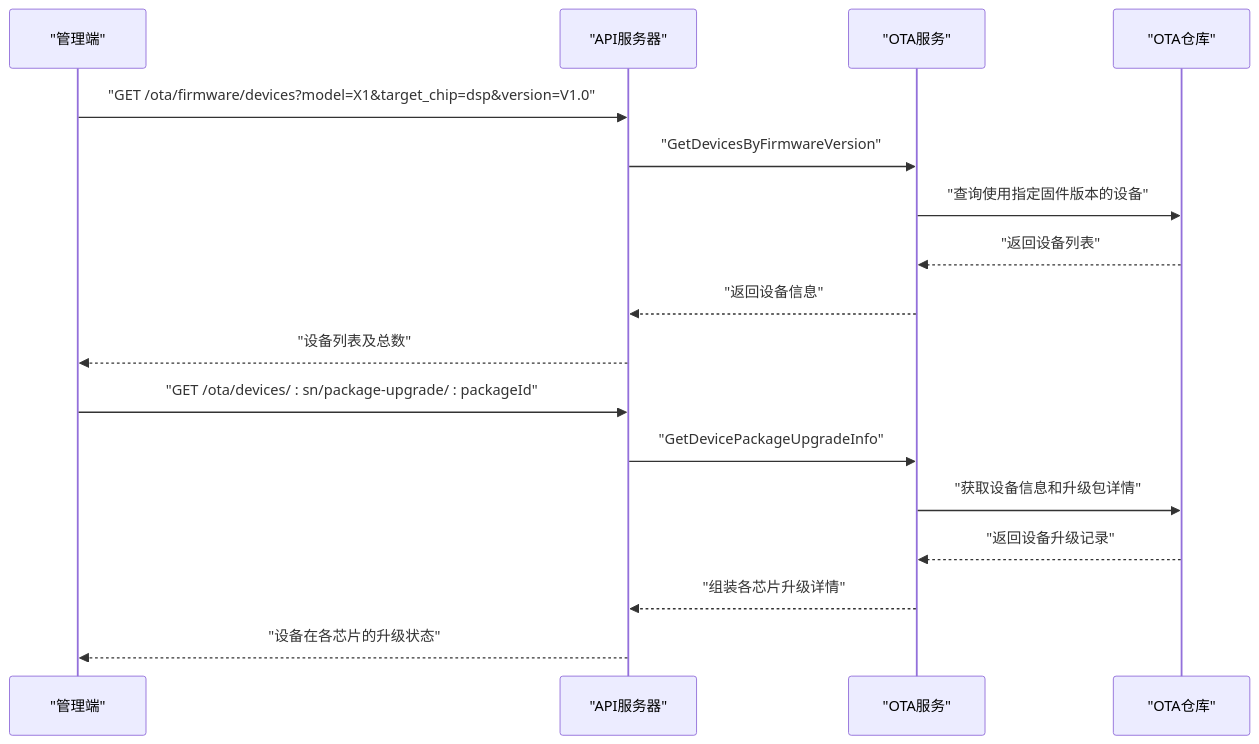
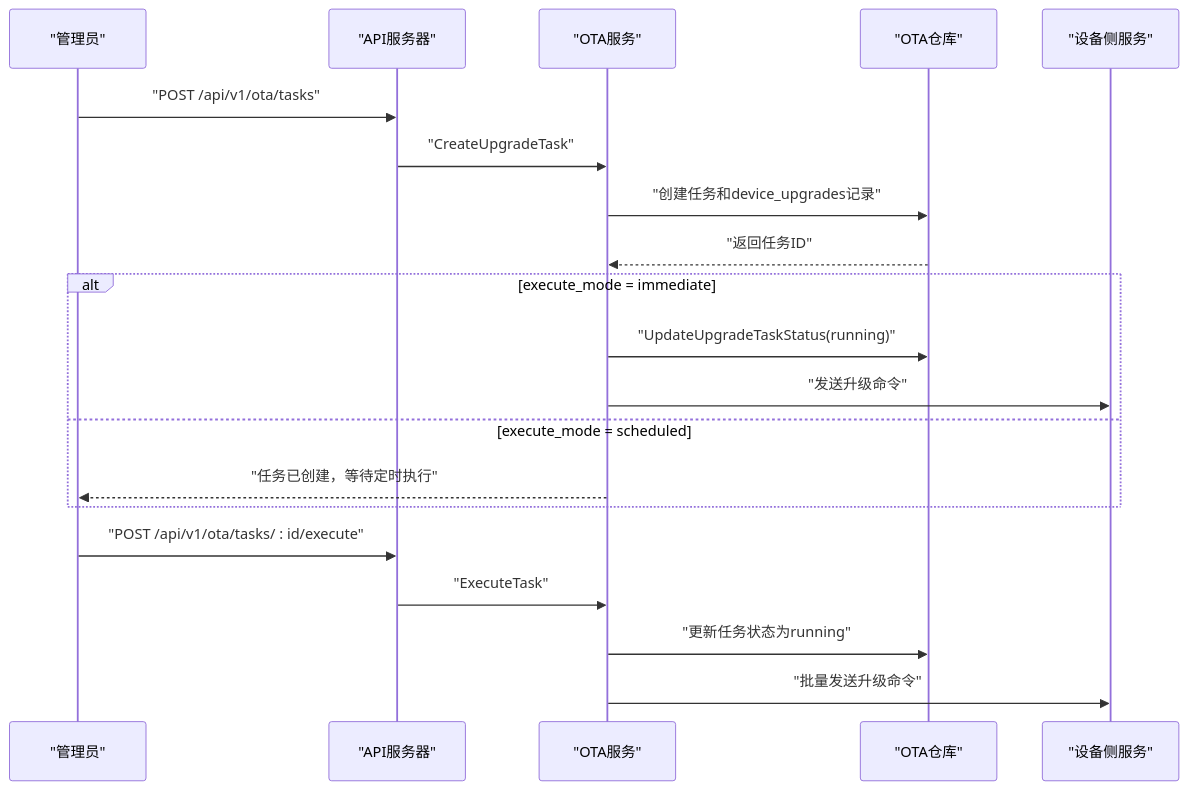
One commit to mcmrzy/cs_inv_monitor-develop changed the fifth of 12 diagrams in .qoder/repowiki/zh/content/API参考文档/OTA升级API.md. Above: the diagram before and after it, drawn with Mermaid. The commit also changed other lines of this file and 28 other files, not shown here.

````diff
--- a/.qoder/repowiki/zh/content/API参考文档/OTA升级API.md
+++ b/.qoder/repowiki/zh/content/API参考文档/OTA升级API.md
@@ -229,19 +243,22 @@
 ```mermaid
 sequenceDiagram
-participant Admin as "管理端"
+participant Admin as "管理员"
 participant API as "API服务器"
 participant Service as "OTA服务"
 participant Repo as "OTA仓库"
-Admin->>API : "GET /ota/firmware/devices?model=X1&target_chip=dsp&version=V1.0"
-API->>Service : "GetDevicesByFirmwareVersion"
-Service->>Repo : "查询使用指定固件版本的设备"
-Repo-->>Service : "返回设备列表"
-Service-->>API : "返回设备信息"
-API-->>Admin : "设备列表及总数"
-Admin->>API : "GET /ota/devices/ : sn/package-upgrade/ : packageId"
-API->>Service : "GetDevicePackageUpgradeInfo"
-Service->>Repo : "获取设备信息和升级包详情"
-Repo-->>Service : "返回设备升级记录"
-Service-->>API : "组装各芯片升级详情"
-API-->>Admin : "设备在各芯片的升级状态"
+participant DevSvc as "设备侧服务"
+Admin->>API : "POST /api/v1/ota/tasks"
+API->>Service : "CreateUpgradeTask"
+Service->>Repo : "创建任务和device_upgrades记录"
+Repo-->>Service : "返回任务ID"
+alt execute_mode = immediate
+Service->>Repo : "UpdateUpgradeTaskStatus(running)"
+Service->>DevSvc : "发送升级命令"
+else execute_mode = scheduled
+Service-->>Admin : "任务已创建，等待定时执行"
+end
+Admin->>API : "POST /api/v1/ota/tasks/ : id/execute"
+API->>Service : "ExecuteTask"
+Service->>Repo : "更新任务状态为running"
+Service->>DevSvc : "批量发送升级命令"
 ```
````
